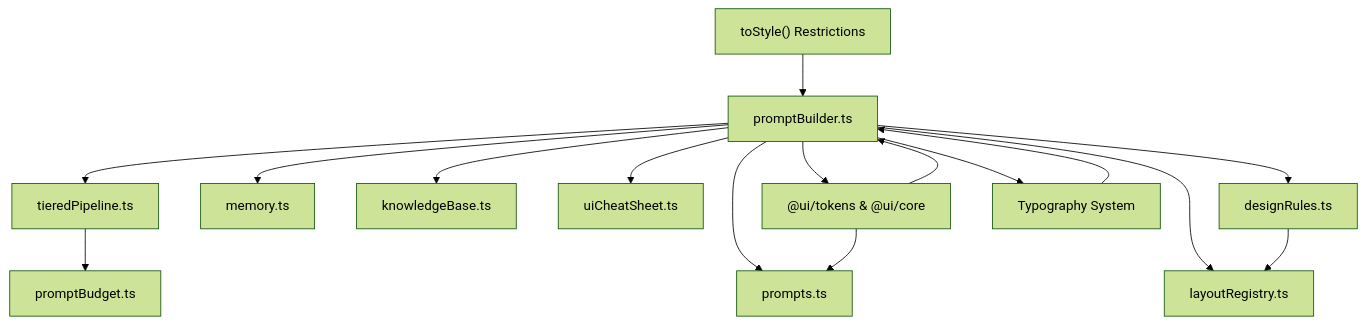
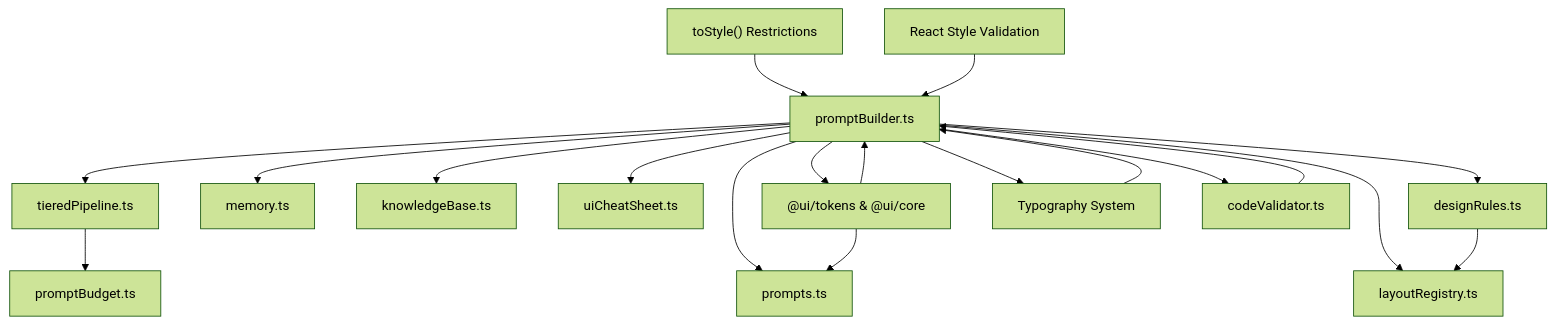
Diagram 12 of 12 in .qoder/repowiki/en/content/AI Generation Engine/Core Generation Pipeline/Prompt Engineering & Context Injection.md (shekhargiri005-dotcom/AI-powered-accessibility-first-UI-engine), drawn with Mermaid (forest theme) before and after one commit. The commit also changed other lines of this file and 8 other files, not shown here.

````diff
--- a/.qoder/repowiki/en/content/AI Generation Engine/Core Generation Pipeline/Prompt Engineering & Context Injection.md
+++ b/.qoder/repowiki/en/content/AI Generation Engine/Core Generation Pipeline/Prompt Engineering & Context Injection.md
@@ -515,18 +598,21 @@
 ```mermaid
 graph TB
 PB["promptBuilder.ts"] --> TP["tieredPipeline.ts"]
 PB --> PT["prompts.ts"]
 PB --> MEM["memory.ts"]
 PB --> KB["knowledgeBase.ts"]
 PB --> CS["uiCheatSheet.ts"]
 PB --> DR["designRules.ts"]
 PB --> LR["layoutRegistry.ts"]
 PB --> DS["@ui/tokens & @ui/core"]
 PB --> TS["Typography System"]
+PB --> CV["codeValidator.ts"]
 TP --> BUDG["promptBudget.ts"]
 DR --> LR
 DS --> PT
 DS --> PB
 TS --> PB
+CV --> PB
 TOSTYLE["toStyle() Restrictions"] --> PB
+RSV["React Style Validation"] --> PB
 ```
````
